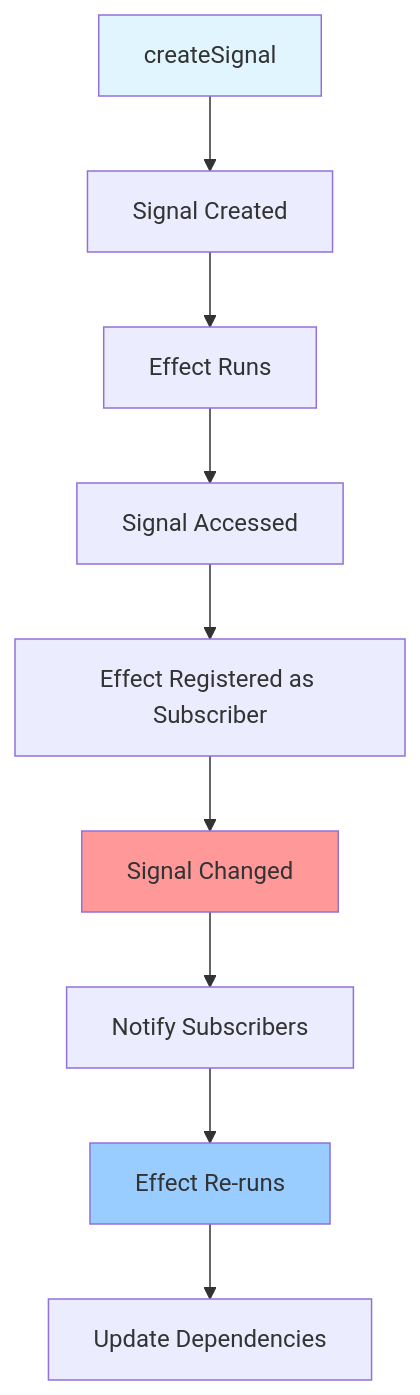
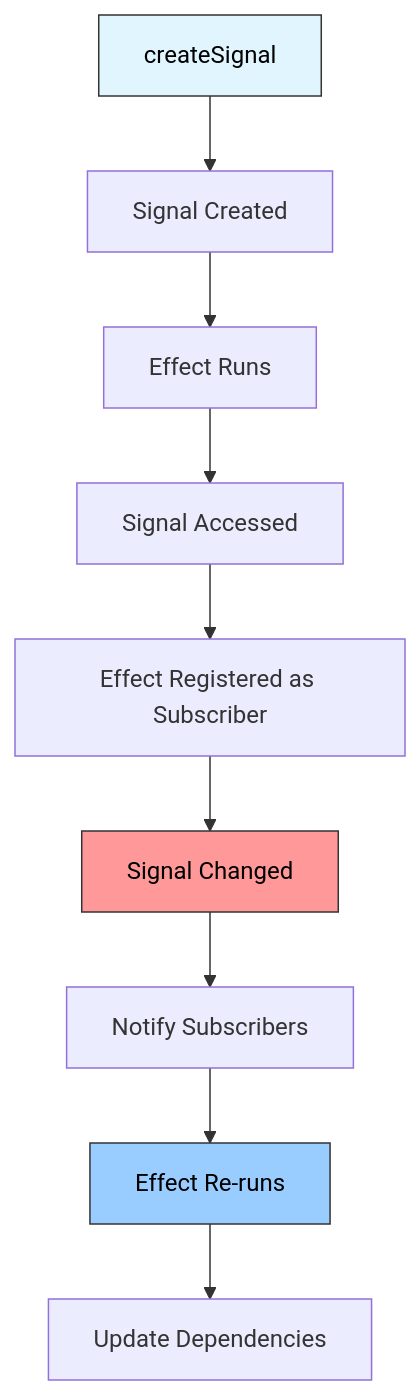
Before and after one commit to sujeet-pro/reactivity: the third of 18 diagrams in README.md, drawn with Mermaid. The commit also changed other lines of this file and 4 other files, not shown here.

````diff
--- a/README.md
+++ b/README.md
@@ -174,15 +200,15 @@
 ```mermaid
 graph TD
     A[createSignal] --> B[Signal Created]
     B --> C[Effect Runs]
     C --> D[Signal Accessed]
     D --> E[Effect Registered as Subscriber]
     E --> F[Signal Changed]
     F --> G[Notify Subscribers]
     G --> H[Effect Re-runs]
     H --> I[Update Dependencies]
     
-    style A fill:#e1f5fe
-    style F fill:#ff9999
-    style H fill:#99ccff
+    style A fill:#e1f5fe,stroke:#333,color:#000
+    style F fill:#ff9999,stroke:#333,color:#000
+    style H fill:#99ccff,stroke:#333,color:#000
 ```
````
